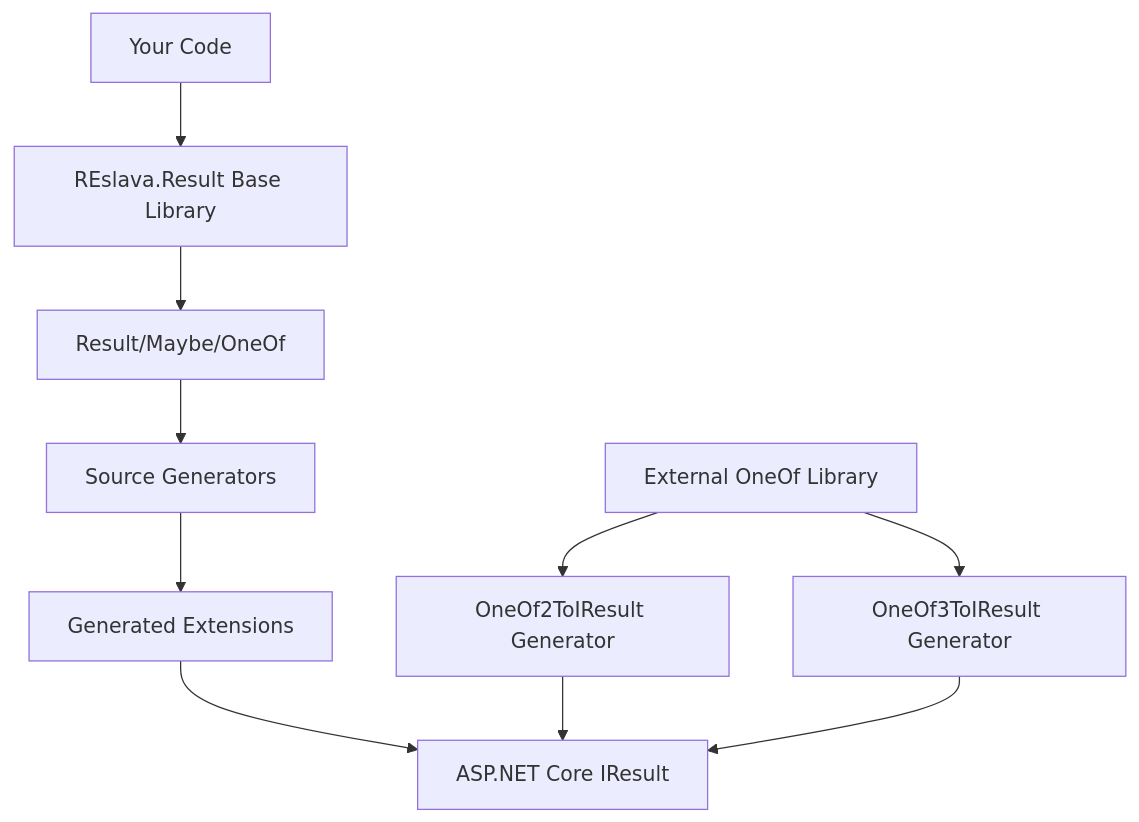
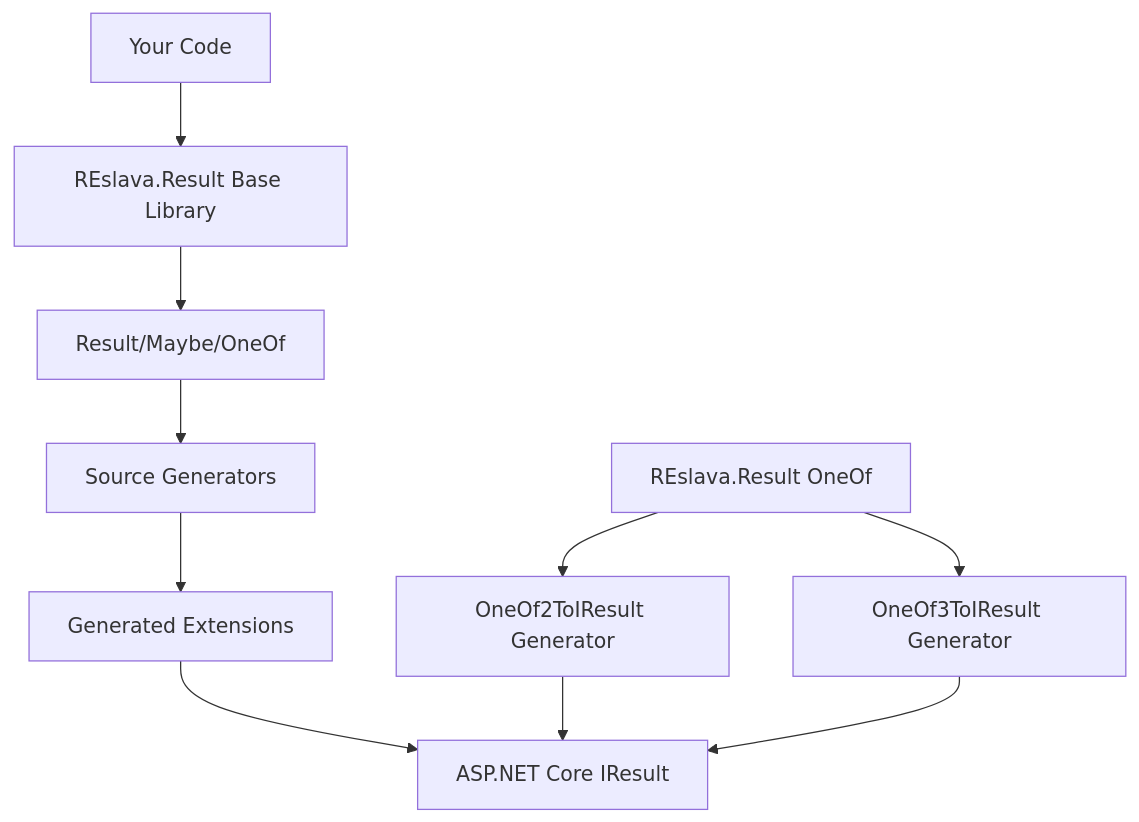
One commit to reslava/nuget-package-reslava-result changed the diagram in README.md. Above: the diagram before and after it, drawn with Mermaid. The commit also changed other lines of this file, not shown here.

First line of the commit message:
feat: v1.10.0 release - OneOf auto-conversion breakthrough

````diff
--- a/README.md
+++ b/README.md
@@ -636,13 +636,13 @@
 ```mermaid
 graph TB
     A[Your Code] --> B[REslava.Result Base Library]
     B --> C[Result<T>/Maybe<T>/OneOf<T>]
     C --> D[Source Generators]
     D --> E[Generated Extensions]
     E --> F[ASP.NET Core IResult]
     
-    G[External OneOf Library] --> H[OneOf2ToIResult Generator]
+    G[REslava.Result OneOf] --> H[OneOf2ToIResult Generator]
     G --> I[OneOf3ToIResult Generator]
     H --> F
     I --> F
 ```
````
